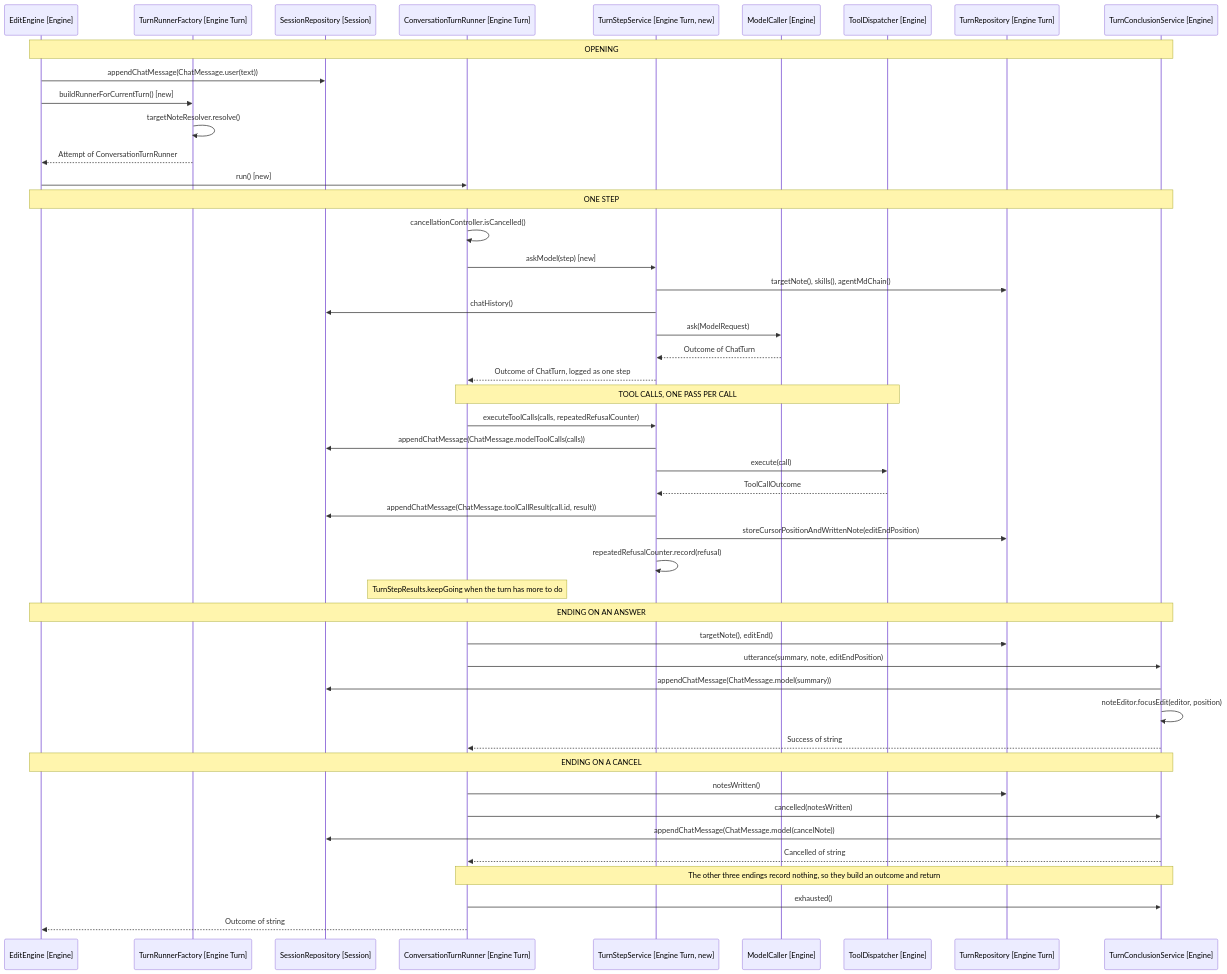
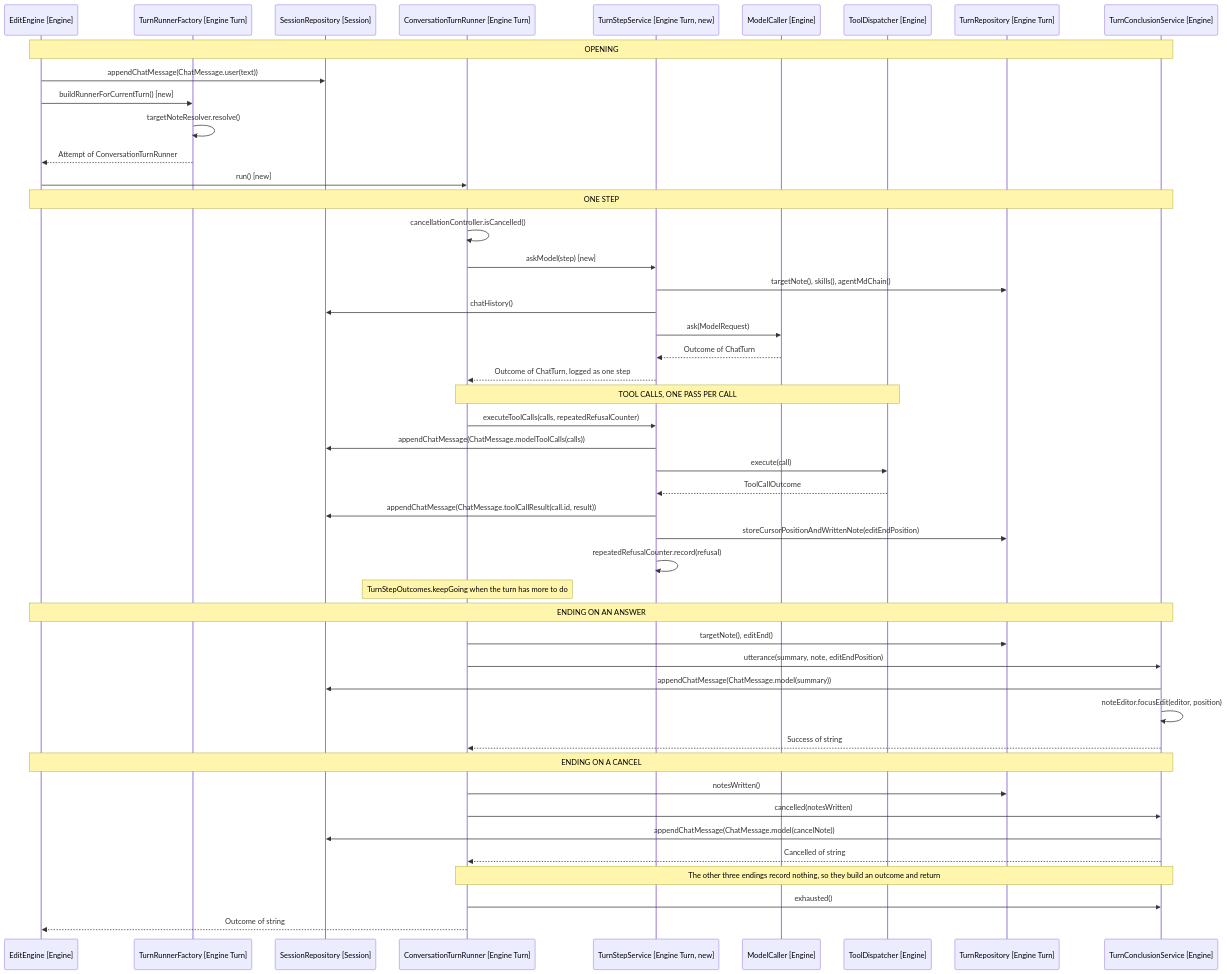
The diagram in docs/spec/17-layering/6-design-turn-sequence.md (iparips/obsidian-owl), drawn with Mermaid before and after one commit. The commit also changed 10 other files, not shown here.

````diff
--- a/docs/spec/17-layering/6-design-turn-sequence.md
+++ b/docs/spec/17-layering/6-design-turn-sequence.md
@@ -7,55 +7,55 @@
 ```mermaid
 sequenceDiagram
     participant Engine as EditEngine [Engine]
     participant Factory as TurnRunnerFactory [Engine Turn]
     participant Session as SessionRepository [Session]
     participant Turn as ConversationTurnRunner [Engine Turn]
     participant StepService as TurnStepService [Engine Turn, new]
     participant Caller as ModelCaller [Engine]
     participant Dispatcher as ToolDispatcher [Engine]
     participant TurnRepo as TurnRepository [Engine Turn]
     participant Conclusion as TurnConclusionService [Engine]
 
     Note over Engine,Conclusion: OPENING
     Engine->>Session: appendChatMessage(ChatMessage.user(text))
     Engine->>Factory: buildRunnerForCurrentTurn() [new]
     Factory->>Factory: targetNoteResolver.resolve()
     Factory-->>Engine: Attempt of ConversationTurnRunner
     Engine->>Turn: run() [new]
 
     Note over Engine,Conclusion: ONE STEP
     Turn->>Turn: cancellationController.isCancelled()
     Turn->>StepService: askModel(step) [new]
     StepService->>TurnRepo: targetNote(), skills(), agentMdChain()
     StepService->>Session: chatHistory()
     StepService->>Caller: ask(ModelRequest)
     Caller-->>StepService: Outcome of ChatTurn
     StepService-->>Turn: Outcome of ChatTurn, logged as one step
 
     Note over Turn,Dispatcher: TOOL CALLS, ONE PASS PER CALL
     Turn->>StepService: executeToolCalls(calls, repeatedRefusalCounter)
     StepService->>Session: appendChatMessage(ChatMessage.modelToolCalls(calls))
     StepService->>Dispatcher: execute(call)
     Dispatcher-->>StepService: ToolCallOutcome
     StepService->>Session: appendChatMessage(ChatMessage.toolCallResult(call.id, result))
     StepService->>TurnRepo: storeCursorPositionAndWrittenNote(editEndPosition)
     StepService->>StepService: repeatedRefusalCounter.record(refusal)
-    Note over Turn: TurnStepResults.keepGoing when the turn has more to do
+    Note over Turn: TurnStepOutcomes.keepGoing when the turn has more to do
 
     Note over Engine,Conclusion: ENDING ON AN ANSWER
     Turn->>TurnRepo: targetNote(), editEnd()
     Turn->>Conclusion: utterance(summary, note, editEndPosition)
     Conclusion->>Session: appendChatMessage(ChatMessage.model(summary))
     Conclusion->>Conclusion: noteEditor.focusEdit(editor, position)
     Conclusion-->>Turn: Success of string
 
     Note over Engine,Conclusion: ENDING ON A CANCEL
     Turn->>TurnRepo: notesWritten()
     Turn->>Conclusion: cancelled(notesWritten)
     Conclusion->>Session: appendChatMessage(ChatMessage.model(cancelNote))
     Conclusion-->>Turn: Cancelled of string
 
     Note over Turn,Conclusion: The other three endings record nothing, so they build an outcome and return
     Turn->>Conclusion: exhausted()
     Turn-->>Engine: Outcome of string
 ```
````
